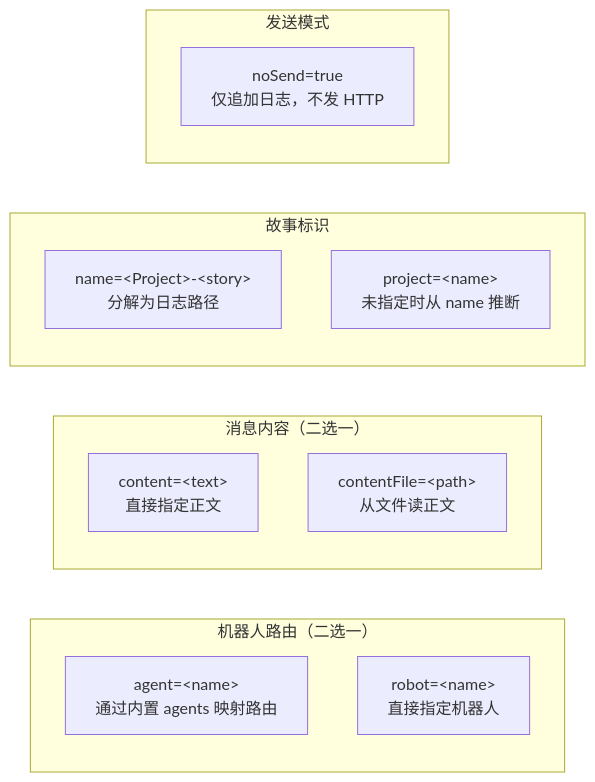
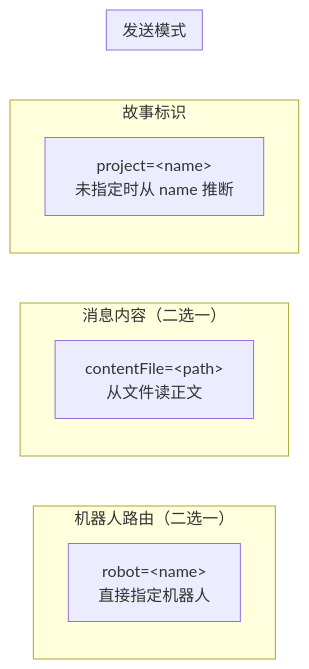
The second of 9 diagrams in skills/rui-bot/SKILL.md (effiy/YrY), drawn with Mermaid before and after one commit. The commit also changed other lines of this file and 42 other files, not shown here.

First line of the commit message:
feat: apply Mermaid authoring rules (M1-M12) across entire codebase

````diff
--- a/skills/rui-bot/SKILL.md
+++ b/skills/rui-bot/SKILL.md
@@ -42,19 +51,20 @@
 ```mermaid
 flowchart LR
     subgraph 路由["机器人路由（二选一）"]
-        AGENT["agent=&lt;name&gt;<br/>通过内置 agents 映射路由"]:::param
+        direction TB
         ROBOT["robot=&lt;name&gt;<br/>直接指定机器人"]:::param
     end
     subgraph 内容["消息内容（二选一）"]
-        TEXT["content=&lt;text&gt;<br/>直接指定正文"]:::param
+        direction TB
         FILE["contentFile=&lt;path&gt;<br/>从文件读正文"]:::param
     end
     subgraph 标识["故事标识"]
-        NAME["name=&lt;Project&gt;-&lt;story&gt;<br/>分解为日志路径"]:::param
+        direction TB
         PROJ["project=&lt;name&gt;<br/>未指定时从 name 推断"]:::param
     end
     subgraph 模式["发送模式"]
-        NOSEND["noSend=true<br/>仅追加日志，不发 HTTP"]:::param
+        direction TB
     end
 
+
 ```
````
